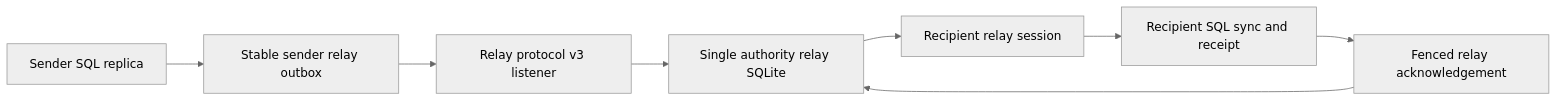
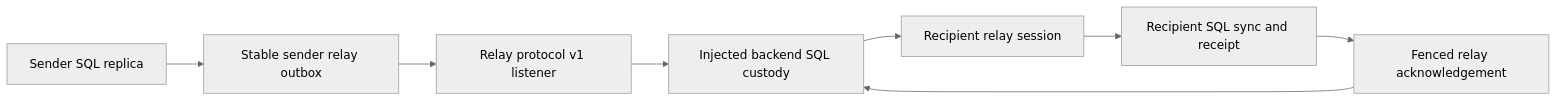
Before and after one commit to lucas-barake/effect-local: the second of 2 diagrams in docs/architecture.md, drawn with Mermaid (neutral theme). The commit also changed other lines of this file and 64 other files, not shown here.

Commit message:
Refactor durable relay around generic SQL storage

````diff
--- a/docs/architecture.md
+++ b/docs/architecture.md
@@ -55,10 +53,10 @@
 ```mermaid
 flowchart LR
   Sender["Sender SQL replica"] --> Outbox["Stable sender relay outbox"]
-  Outbox --> RelayListener["Relay protocol v3 listener"]
-  RelayListener --> Custody["Single authority relay SQLite"]
+  Outbox --> RelayListener["Relay protocol v1 listener"]
+  RelayListener --> Custody["Injected backend SQL custody"]
   Custody --> RecipientListener["Recipient relay session"]
   RecipientListener --> Receipt["Recipient SQL sync and receipt"]
   Receipt --> Ack["Fenced relay acknowledgement"]
   Ack --> Custody
 ```
````
